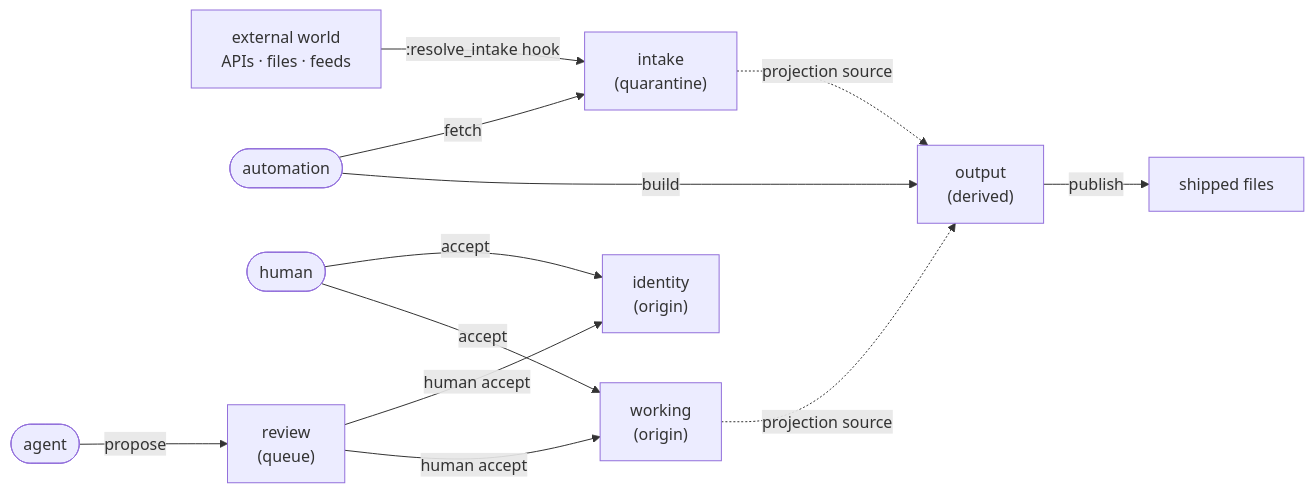
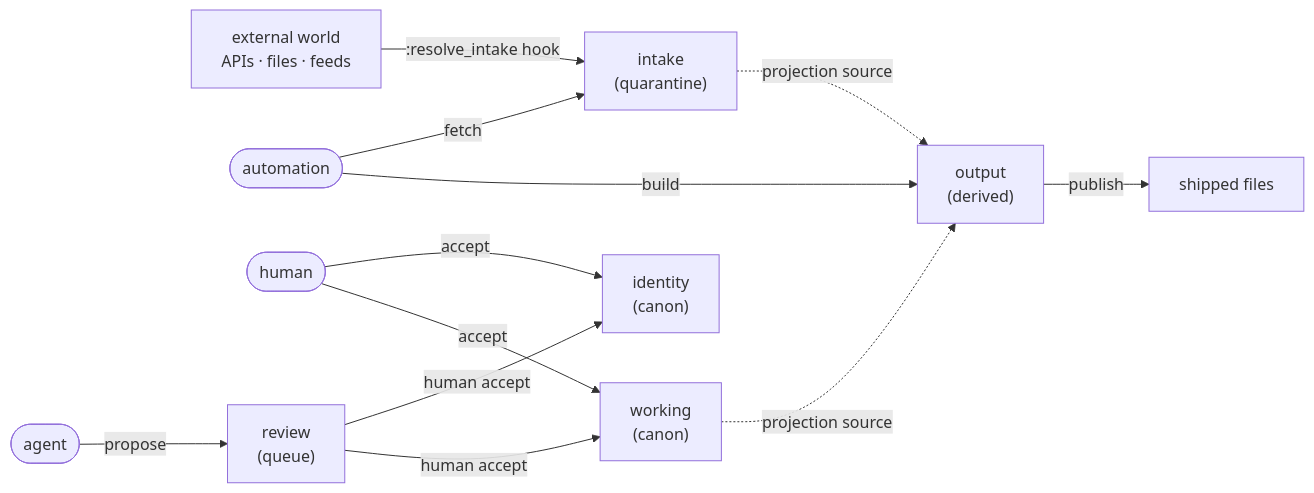
The diagram in docs/zones.md (patrick204nqh/textus), drawn with Mermaid before and after one commit. The commit also changed other lines of this file and 112 other files, not shown here.

Commit message:
refactor: rename zone-kind origin → canon (ADR 0033)

````diff
--- a/docs/zones.md
+++ b/docs/zones.md
@@ -28,14 +28,14 @@
 ```mermaid
 flowchart LR
     ext["external world<br/>APIs · files · feeds"] -->|:resolve_intake hook| intake["intake<br/>(quarantine)"]
     automation(["automation"]) -->|fetch| intake
-    human(["human"]) -->|accept| identity["identity<br/>(origin)"]
-    human -->|accept| working["working<br/>(origin)"]
+    human(["human"]) -->|accept| identity["identity<br/>(canon)"]
+    human -->|accept| working["working<br/>(canon)"]
     agent(["agent"]) -->|propose| review["review<br/>(queue)"]
     review -->|human accept| identity
     review -->|human accept| working
     automation -->|build| output["output<br/>(derived)"]
     intake -.->|projection source| output
     working -.->|projection source| output
     output -->|publish| files["shipped files"]
 ```
````
